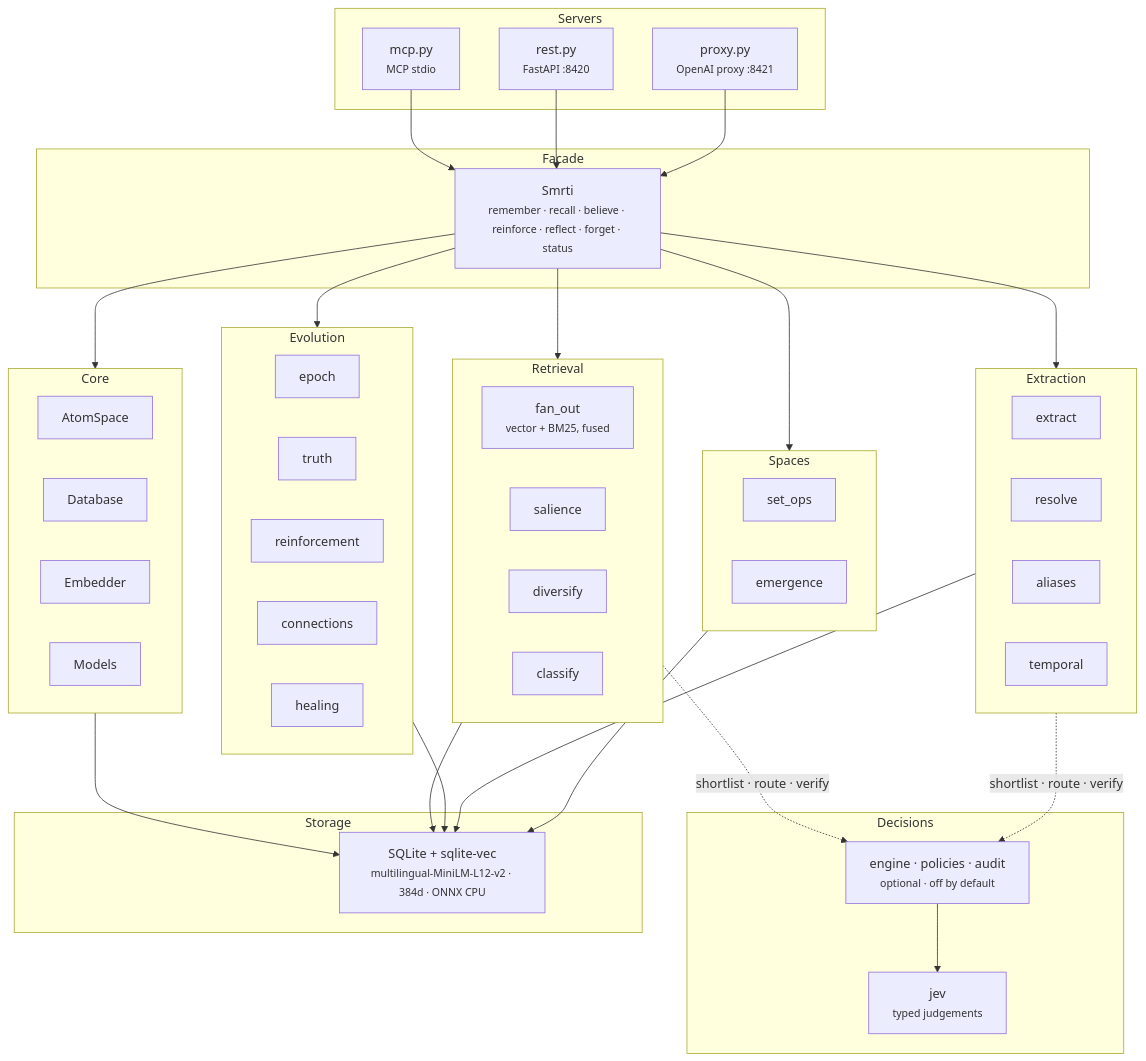
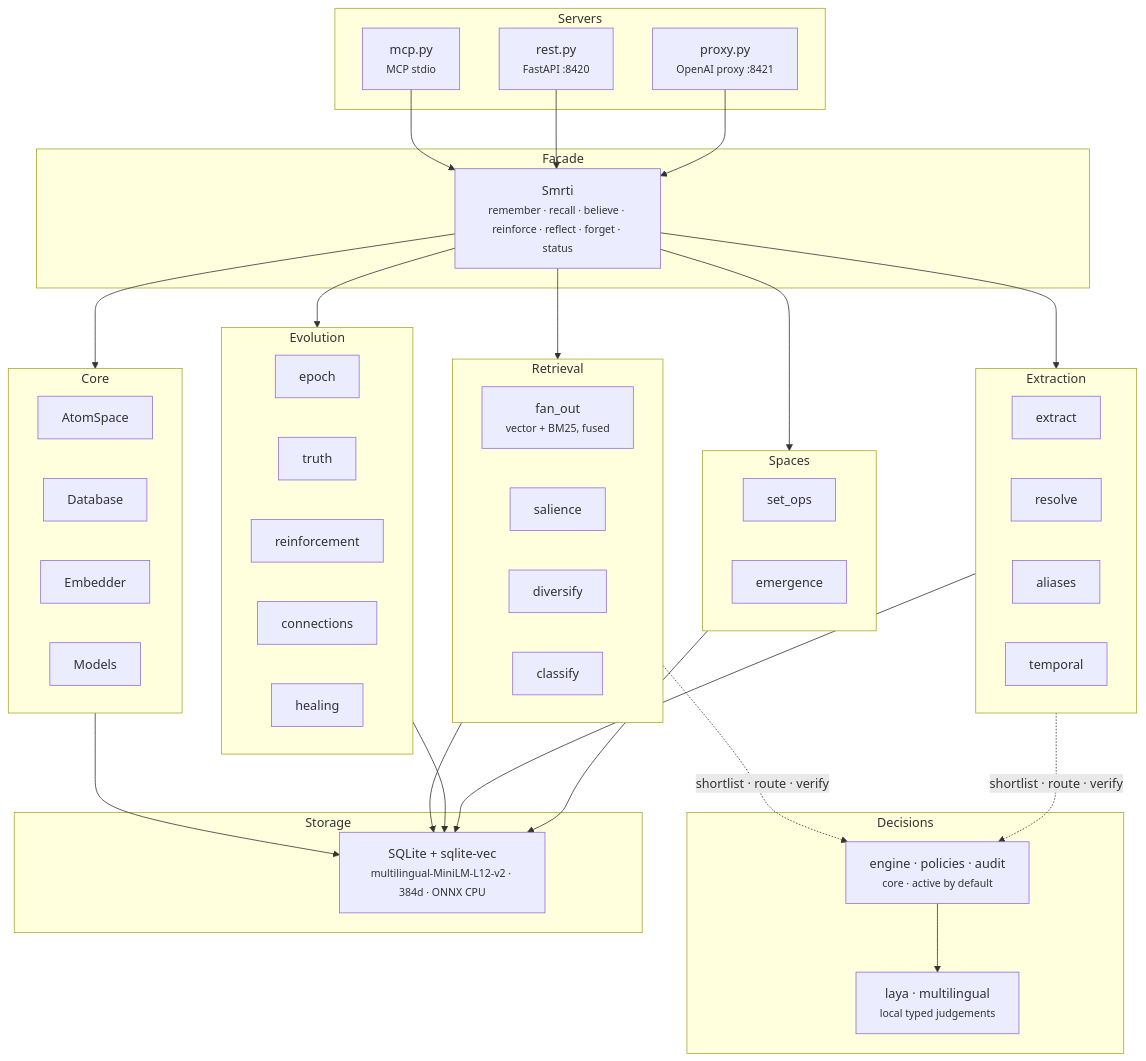
Before and after one commit to cyqlelabs/smrti: the diagram in README.md, drawn with Mermaid. The commit also changed other lines of this file and 17 other files, not shown here.

Commit message:
feat: make local Laya decisions core and default-on

````diff
--- a/README.md
+++ b/README.md
@@ -478,61 +478,61 @@
 ```mermaid
 graph TD
     subgraph Facade
         S["Smrti<br/><small>remember · recall · believe · reinforce · reflect · forget · status</small>"]
     end
 
     subgraph Servers
         MCP["mcp.py<br/><small>MCP stdio</small>"]
         REST["rest.py<br/><small>FastAPI :8420</small>"]
         PROXY["proxy.py<br/><small>OpenAI proxy :8421</small>"]
     end
 
     subgraph Core
         AS["AtomSpace"]
         DB["Database"]
         EMB["Embedder"]
         MOD["Models"]
     end
 
     subgraph Retrieval
         FAN["fan_out<br/><small>vector + BM25, fused</small>"]
         SAL["salience"]
         DIV["diversify"]
         CLS["classify"]
     end
 
     subgraph Evolution
         EPO["epoch"]
         TRU["truth"]
         REI["reinforcement"]
         CON["connections"]
         HEA["healing"]
     end
 
     subgraph Spaces
         SOP["set_ops"]
         EMG["emergence"]
     end
 
     subgraph Extraction
         EXT["extract"]
         RES["resolve"]
         ALI["aliases"]
         TMP["temporal"]
     end
 
     subgraph Decisions
-        DEC["engine · policies · audit<br/><small>optional · off by default</small>"]
-        JEV["jev<br/><small>typed judgements</small>"]
+        DEC["engine · policies · audit<br/><small>core · active by default</small>"]
+        LAYA["laya · multilingual<br/><small>local typed judgements</small>"]
     end
 
     subgraph Storage
         SQL["SQLite + sqlite-vec<br/><small>multilingual-MiniLM-L12-v2 · 384d · ONNX CPU</small>"]
     end
 
     MCP & REST & PROXY --> S
     S --> Core & Retrieval & Evolution & Extraction & Spaces
     Retrieval & Extraction -.->|"shortlist · route · verify"| DEC
-    DEC --> JEV
+    DEC --> LAYA
     Core & Retrieval & Evolution & Extraction & Spaces --> SQL
 ```
````
